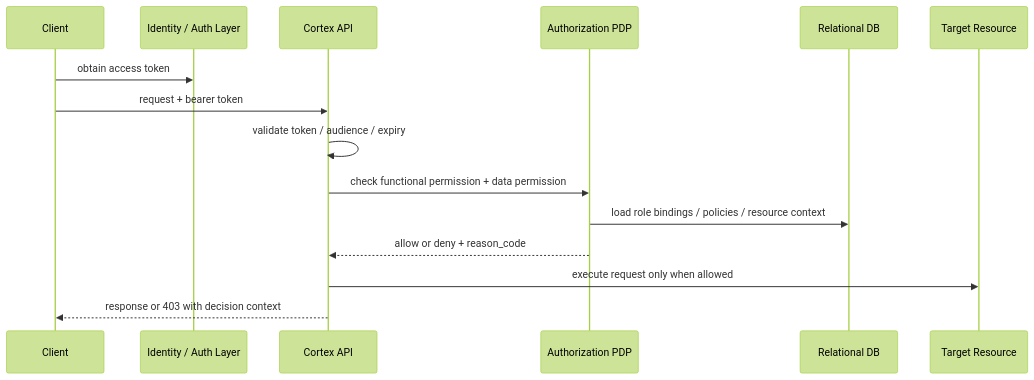
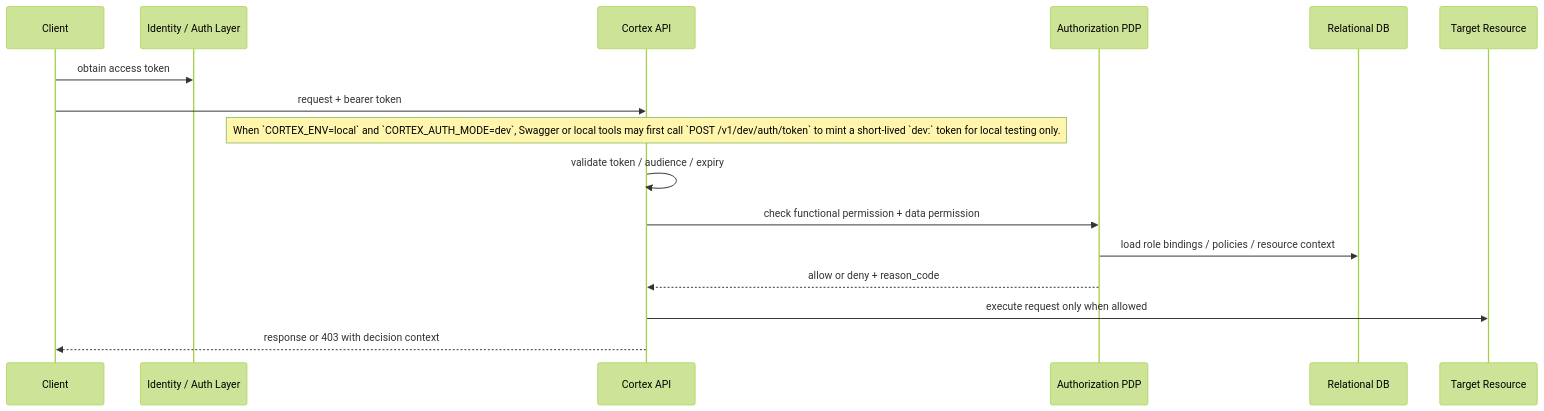
Diagram 12 of 13 in specs/cortex-dfd.md (crabcanon/cortex), drawn with Mermaid (forest theme) before and after one commit. The commit also changed other lines of this file and 8 other files, not shown here.

Commit message:
docs(api): document dev auth and storage upload flows

````diff
--- a/specs/cortex-dfd.md
+++ b/specs/cortex-dfd.md
@@ -456,18 +477,19 @@
 ```mermaid
 sequenceDiagram
     participant C as Client
     participant IdP as Identity / Auth Layer
     participant A as Cortex API
     participant P as Authorization PDP
     participant DB as Relational DB
     participant R as Target Resource
 
     C->>IdP: obtain access token
     C->>A: request + bearer token
+    Note over A: When `CORTEX_ENV=local` and `CORTEX_AUTH_MODE=dev`, Swagger or local tools may first call `POST /v1/dev/auth/token` to mint a short-lived `dev:` token for local testing only.
     A->>A: validate token / audience / expiry
     A->>P: check functional permission + data permission
     P->>DB: load role bindings / policies / resource context
     P-->>A: allow or deny + reason_code
     A->>R: execute request only when allowed
     A-->>C: response or 403 with decision context
 ```
````
